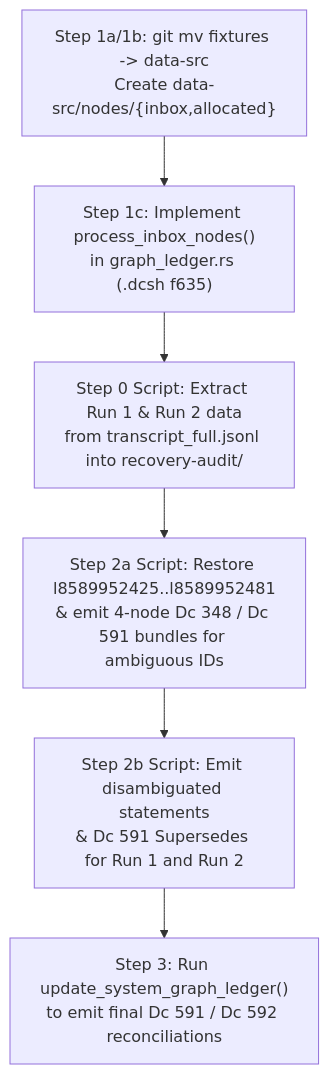
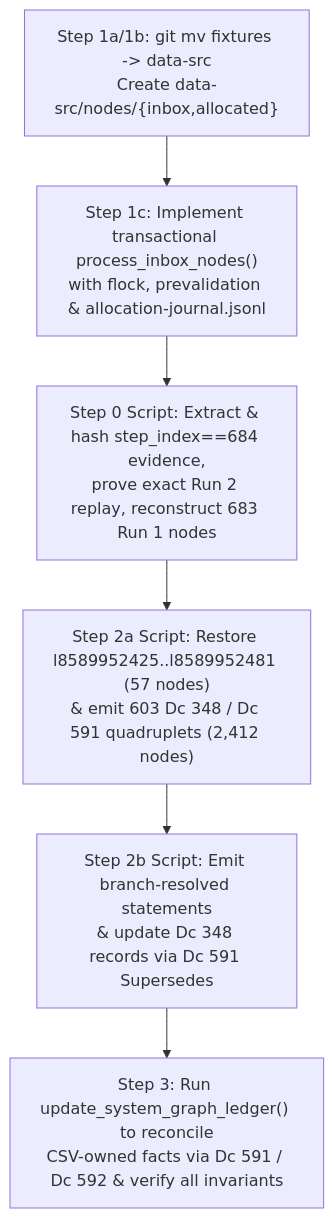
Before and after one commit to collectivetoolbox/collectivetoolbox: the diagram in docs/chats/2026-10-31-duplicate-node-recovery.md, drawn with Mermaid. The commit also changed other lines of this file, not shown here.

````diff
--- a/docs/chats/2026-10-31-duplicate-node-recovery.md
+++ b/docs/chats/2026-10-31-duplicate-node-recovery.md
@@ -72,8 +82,8 @@
 ```mermaid
 flowchart TD
-    A["Step 1a/1b: git mv fixtures -> data-src\nCreate data-src/nodes/{inbox,allocated}"] --> B["Step 1c: Implement process_inbox_nodes()\nin graph_ledger.rs (.dcsh f635)"]
-    B --> C["Step 0 Script: Extract Run 1 & Run 2 data\nfrom transcript_full.jsonl into recovery-audit/"]
-    C --> D["Step 2a Script: Restore l8589952425..l8589952481\n& emit 4-node Dc 348 / Dc 591 bundles for ambiguous IDs"]
-    D --> E["Step 2b Script: Emit disambiguated statements\n& Dc 591 Supersedes for Run 1 and Run 2"]
-    E --> F["Step 3: Run update_system_graph_ledger()\nto emit final Dc 591 / Dc 592 reconciliations"]
+    A["Step 1a/1b: git mv fixtures -> data-src\nCreate data-src/nodes/{inbox,allocated}"] --> B["Step 1c: Implement transactional process_inbox_nodes()\nwith flock, prevalidation & allocation-journal.jsonl"]
+    B --> C["Step 0 Script: Extract & hash step_index==684 evidence,\nprove exact Run 2 replay, reconstruct 683 Run 1 nodes"]
+    C --> D["Step 2a Script: Restore l8589952425..l8589952481 (57 nodes)\n& emit 603 Dc 348 / Dc 591 quadruplets (2,412 nodes)"]
+    D --> E["Step 2b Script: Emit branch-resolved statements\n& update Dc 348 records via Dc 591 Supersedes"]
+    E --> F["Step 3: Run update_system_graph_ledger() to reconcile\nCSV-owned facts via Dc 591 / Dc 592 & verify all invariants"]
 ```
````
